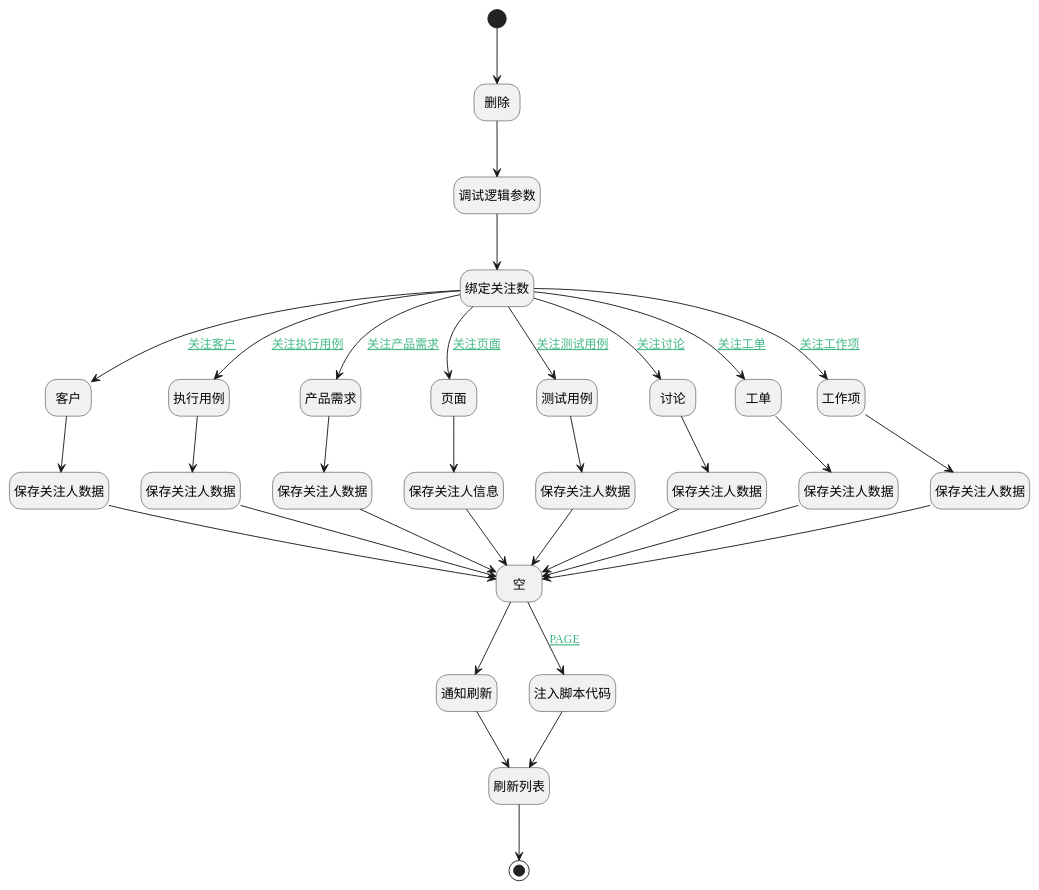
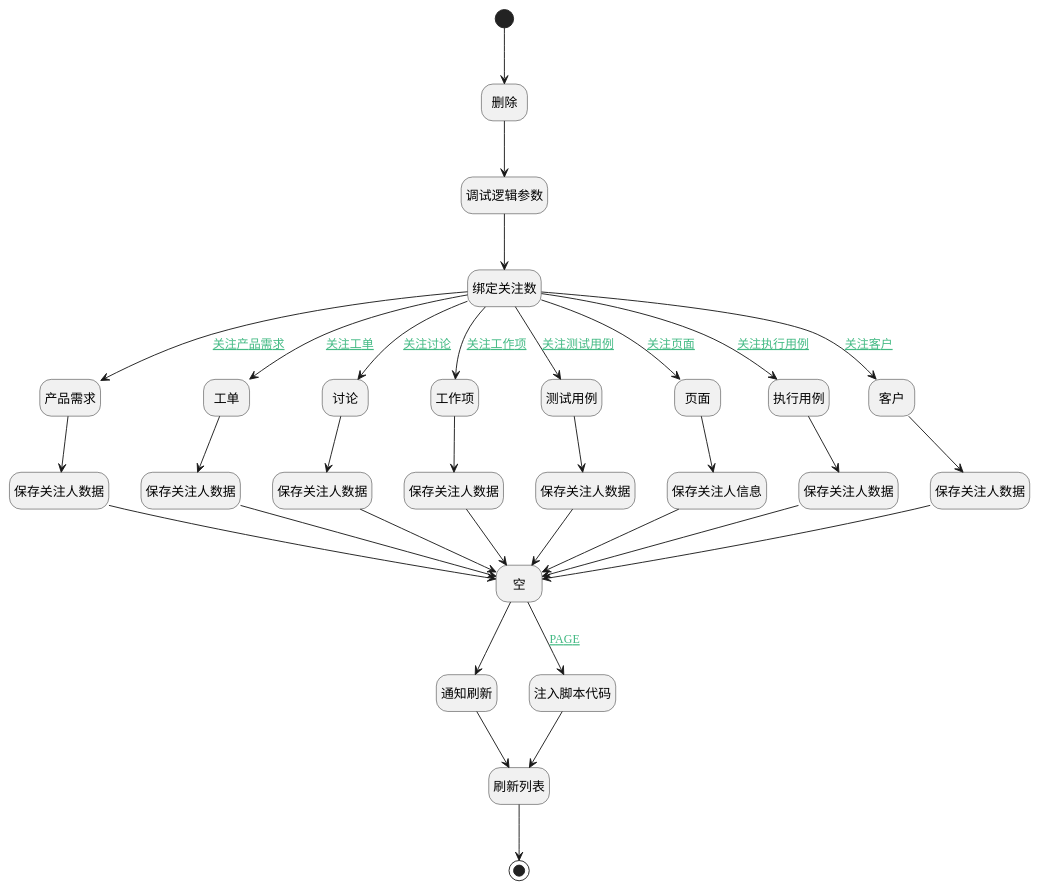
One commit to iBizLab/plm changed the diagram in doc/docsify/module/Base/attention/uilogic/un_attention.md. Above: the diagram before and after it, drawn with PlantUML. The commit also changed other lines of this file and 1276 other files, not shown here.

````diff
--- a/doc/docsify/module/Base/attention/uilogic/un_attention.md
+++ b/doc/docsify/module/Base/attention/uilogic/un_attention.md
@@ -7,73 +7,73 @@
 ```plantuml
 @startuml
 hide footbox
 <style>
 root {
   HyperlinkColor #42b983
 }
 </style>
 
 hide empty description
 state "开始" as Begin <<start>> [[$./un_attention#begin {开始}]]
-state "通知刷新" as RAWJSCODE2  [[$./un_attention#rawjscode2 {通知刷新}]]
-state "绑定关注数" as PREPAREJSPARAM2  [[$./un_attention#preparejsparam2 {绑定关注数}]]
-state "空" as PREPAREJSPARAM10  [[$./un_attention#preparejsparam10 {空}]]
-state "客户" as PREPAREJSPARAM5  [[$./un_attention#preparejsparam5 {客户}]]
-state "执行用例" as PREPAREJSPARAM6  [[$./un_attention#preparejsparam6 {执行用例}]]
+state "产品需求" as PREPAREJSPARAM3  [[$./un_attention#preparejsparam3 {产品需求}]]
 state "保存关注人数据" as DEACTION2  [[$./un_attention#deaction2 {保存关注人数据}]]
-state "产品需求" as PREPAREJSPARAM3  [[$./un_attention#preparejsparam3 {产品需求}]]
-state "结束" as END1 <<end>> [[$./un_attention#end1 {结束}]]
-state "页面" as PREPAREJSPARAM8  [[$./un_attention#preparejsparam8 {页面}]]
-state "保存关注人数据" as DEACTION6  [[$./un_attention#deaction6 {保存关注人数据}]]
-state "测试用例" as PREPAREJSPARAM7  [[$./un_attention#preparejsparam7 {测试用例}]]
+state "工单" as PREPAREJSPARAM4  [[$./un_attention#preparejsparam4 {工单}]]
 state "讨论" as PREPAREJSPARAM9  [[$./un_attention#preparejsparam9 {讨论}]]
-state "保存关注人信息" as DEACTION7  [[$./un_attention#deaction7 {保存关注人信息}]]
-state "刷新列表" as VIEWCTRLINVOKE1  [[$./un_attention#viewctrlinvoke1 {刷新列表}]]
-state "调试逻辑参数" as DEBUGPARAM1  [[$./un_attention#debugparam1 {调试逻辑参数}]]
-state "保存关注人数据" as DEACTION1  [[$./un_attention#deaction1 {保存关注人数据}]]
-state "保存关注人数据" as DEACTION4  [[$./un_attention#deaction4 {保存关注人数据}]]
-state "工单" as PREPAREJSPARAM4  [[$./un_attention#preparejsparam4 {工单}]]
-state "注入脚本代码" as RAWJSCODE3  [[$./un_attention#rawjscode3 {注入脚本代码}]]
-state "保存关注人数据" as DEACTION8  [[$./un_attention#deaction8 {保存关注人数据}]]
-state "保存关注人数据" as DEACTION3  [[$./un_attention#deaction3 {保存关注人数据}]]
 state "保存关注人数据" as DEACTION5  [[$./un_attention#deaction5 {保存关注人数据}]]
 state "删除" as RAWJSCODE1  [[$./un_attention#rawjscode1 {删除}]]
+state "保存关注人数据" as DEACTION6  [[$./un_attention#deaction6 {保存关注人数据}]]
+state "绑定关注数" as PREPAREJSPARAM2  [[$./un_attention#preparejsparam2 {绑定关注数}]]
+state "保存关注人数据" as DEACTION8  [[$./un_attention#deaction8 {保存关注人数据}]]
+state "结束" as END1 <<end>> [[$./un_attention#end1 {结束}]]
 state "工作项" as PREPAREJSPARAM1  [[$./un_attention#preparejsparam1 {工作项}]]
+state "保存关注人数据" as DEACTION4  [[$./un_attention#deaction4 {保存关注人数据}]]
+state "调试逻辑参数" as DEBUGPARAM1  [[$./un_attention#debugparam1 {调试逻辑参数}]]
+state "保存关注人信息" as DEACTION7  [[$./un_attention#deaction7 {保存关注人信息}]]
+state "测试用例" as PREPAREJSPARAM7  [[$./un_attention#preparejsparam7 {测试用例}]]
+state "页面" as PREPAREJSPARAM8  [[$./un_attention#preparejsparam8 {页面}]]
+state "保存关注人数据" as DEACTION1  [[$./un_attention#deaction1 {保存关注人数据}]]
+state "保存关注人数据" as DEACTION3  [[$./un_attention#deaction3 {保存关注人数据}]]
+state "空" as PREPAREJSPARAM10  [[$./un_attention#preparejsparam10 {空}]]
+state "执行用例" as PREPAREJSPARAM6  [[$./un_attention#preparejsparam6 {执行用例}]]
+state "刷新列表" as VIEWCTRLINVOKE1  [[$./un_attention#viewctrlinvoke1 {刷新列表}]]
+state "客户" as PREPAREJSPARAM5  [[$./un_attention#preparejsparam5 {客户}]]
+state "通知刷新" as RAWJSCODE2  [[$./un_attention#rawjscode2 {通知刷新}]]
+state "注入脚本代码" as RAWJSCODE3  [[$./un_attention#rawjscode3 {注入脚本代码}]]
 
 
 Begin --> RAWJSCODE1
 RAWJSCODE1 --> DEBUGPARAM1
 DEBUGPARAM1 --> PREPAREJSPARAM2
 PREPAREJSPARAM2 --> PREPAREJSPARAM1 : [[$./un_attention#preparejsparam2-preparejsparam1{关注工作项} 关注工作项]]
 PREPAREJSPARAM1 --> DEACTION1
 DEACTION1 --> PREPAREJSPARAM10
 PREPAREJSPARAM10 --> RAWJSCODE3 : [[$./un_attention#preparejsparam10-rawjscode3{PAGE} PAGE]]
 RAWJSCODE3 --> VIEWCTRLINVOKE1
 VIEWCTRLINVOKE1 --> END1
 PREPAREJSPARAM10 --> RAWJSCODE2
 RAWJSCODE2 --> VIEWCTRLINVOKE1
 PREPAREJSPARAM2 --> PREPAREJSPARAM3 : [[$./un_attention#preparejsparam2-preparejsparam3{关注产品需求} 关注产品需求]]
 PREPAREJSPARAM3 --> DEACTION2
 DEACTION2 --> PREPAREJSPARAM10
 PREPAREJSPARAM2 --> PREPAREJSPARAM4 : [[$./un_attention#preparejsparam2-preparejsparam4{关注工单} 关注工单]]
 PREPAREJSPARAM4 --> DEACTION3
 DEACTION3 --> PREPAREJSPARAM10
 PREPAREJSPARAM2 --> PREPAREJSPARAM5 : [[$./un_attention#preparejsparam2-preparejsparam5{关注客户} 关注客户]]
 PREPAREJSPARAM5 --> DEACTION4
 DEACTION4 --> PREPAREJSPARAM10
 PREPAREJSPARAM2 --> PREPAREJSPARAM7 : [[$./un_attention#preparejsparam2-preparejsparam7{关注测试用例} 关注测试用例]]
 PREPAREJSPARAM7 --> DEACTION5
 DEACTION5 --> PREPAREJSPARAM10
 PREPAREJSPARAM2 --> PREPAREJSPARAM6 : [[$./un_attention#preparejsparam2-preparejsparam6{关注执行用例} 关注执行用例]]
 PREPAREJSPARAM6 --> DEACTION6
 DEACTION6 --> PREPAREJSPARAM10
 PREPAREJSPARAM2 --> PREPAREJSPARAM8 : [[$./un_attention#preparejsparam2-preparejsparam8{关注页面} 关注页面]]
 PREPAREJSPARAM8 --> DEACTION7
 DEACTION7 --> PREPAREJSPARAM10
 PREPAREJSPARAM2 --> PREPAREJSPARAM9 : [[$./un_attention#preparejsparam2-preparejsparam9{关注讨论} 关注讨论]]
 PREPAREJSPARAM9 --> DEACTION8
 DEACTION8 --> PREPAREJSPARAM10
 
 
 @enduml
 ```
````
